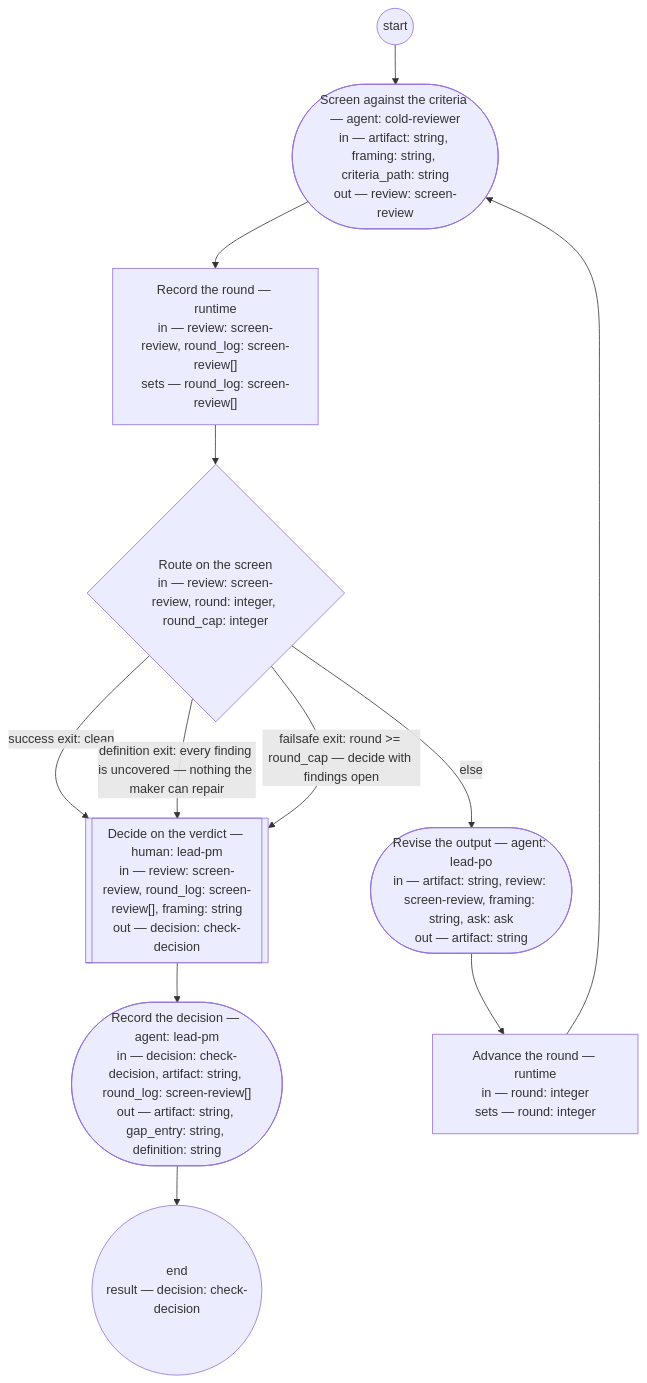
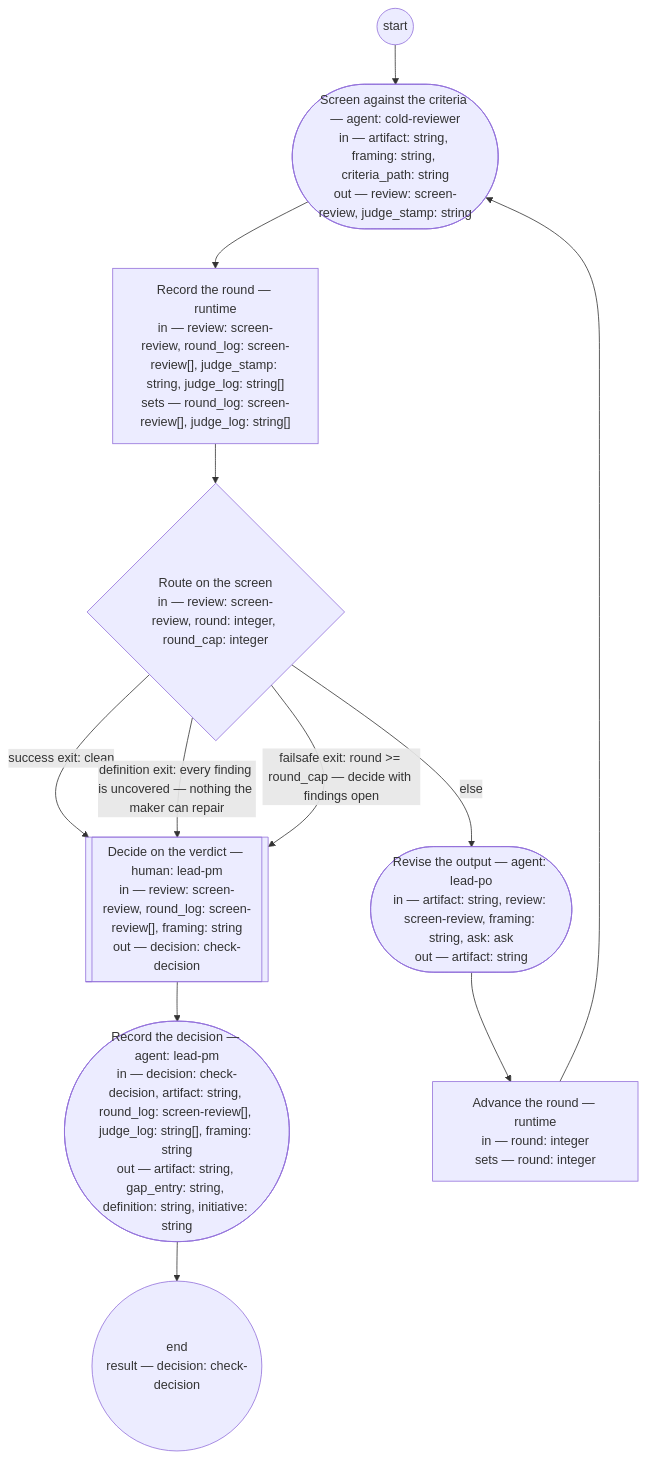
The diagram in basis/processes/po-output-check.md (dstengle/shopsystem-product), drawn with Mermaid before and after one commit. The commit also changed other lines of this file and 5 other files, not shown here.

````diff
--- a/basis/processes/po-output-check.md
+++ b/basis/processes/po-output-check.md
@@ -72,22 +76,22 @@
 ```mermaid
 flowchart TD
-  screen(["Screen against the criteria — agent: cold-reviewer<br/>in — artifact: string, framing: string, criteria_path: string<br/>out — review: screen-review"])
-  log_round["Record the round — runtime<br/>in — review: screen-review, round_log: screen-review[]<br/>sets — round_log: screen-review[]"]
+  screen(["Screen against the criteria — agent: cold-reviewer<br/>in — artifact: string, framing: string, criteria_path: string<br/>out — review: screen-review, judge_stamp: string"])
+  log_round["Record the round — runtime<br/>in — review: screen-review, round_log: screen-review[], judge_stamp: string, judge_log: string[]<br/>sets — round_log: screen-review[], judge_log: string[]"]
   route_screen{"Route on the screen<br/>in — review: screen-review, round: integer, round_cap: integer"}
   revise(["Revise the output — agent: lead-po<br/>in — artifact: string, review: screen-review, framing: string, ask: ask<br/>out — artifact: string"])
   advance_round["Advance the round — runtime<br/>in — round: integer<br/>sets — round: integer"]
   decide[["Decide on the verdict — human: lead-pm<br/>in — review: screen-review, round_log: screen-review[], framing: string<br/>out — decision: check-decision"]]
-  record(["Record the decision — agent: lead-pm<br/>in — decision: check-decision, artifact: string, round_log: screen-review[]<br/>out — artifact: string, gap_entry: string, definition: string"])
+  record(["Record the decision — agent: lead-pm<br/>in — decision: check-decision, artifact: string, round_log: screen-review[], judge_log: string[], framing: string<br/>out — artifact: string, gap_entry: string, definition: string, initiative: string"])
   __end(("end<br/>result — decision: check-decision"))
   __start(("start")) --> screen
   screen --> log_round
   log_round --> route_screen
   route_screen -->|success exit: clean| decide
   route_screen -->|definition exit: every finding is uncovered — nothing the maker can repair| decide
   route_screen -->|failsafe exit: round >= round_cap — decide with findings open| decide
   route_screen -->|else| revise
   revise --> advance_round
   advance_round --> screen
   decide --> record
   record --> __end
 ```
````
